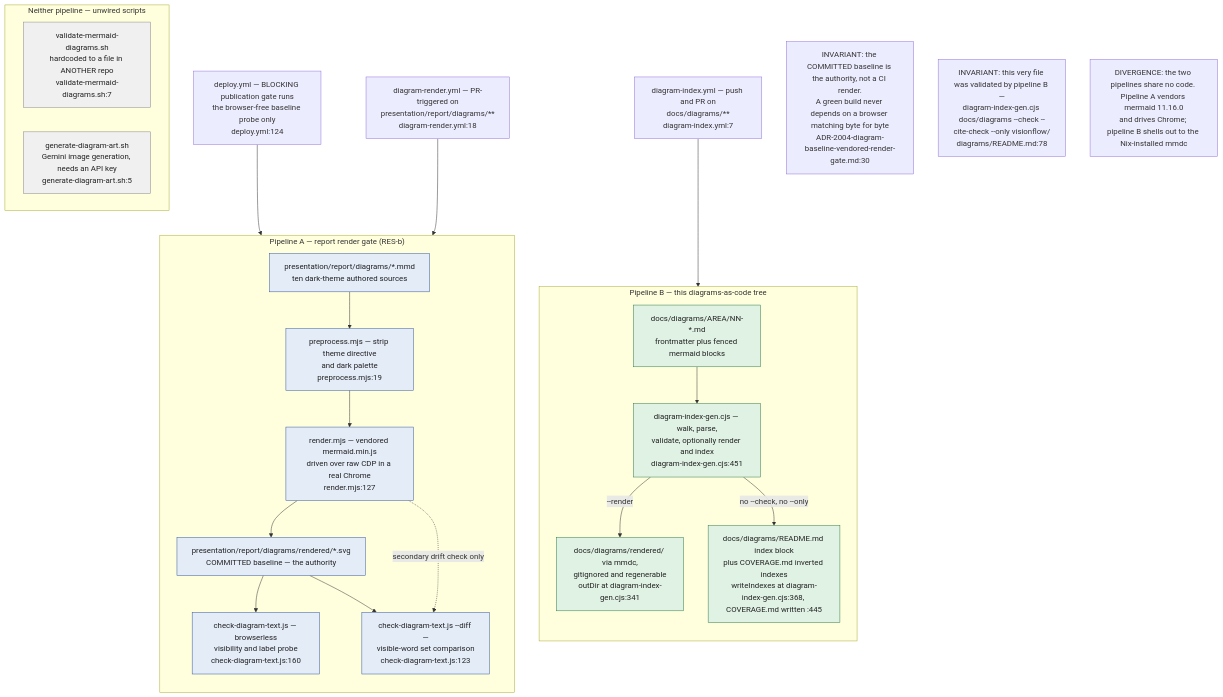
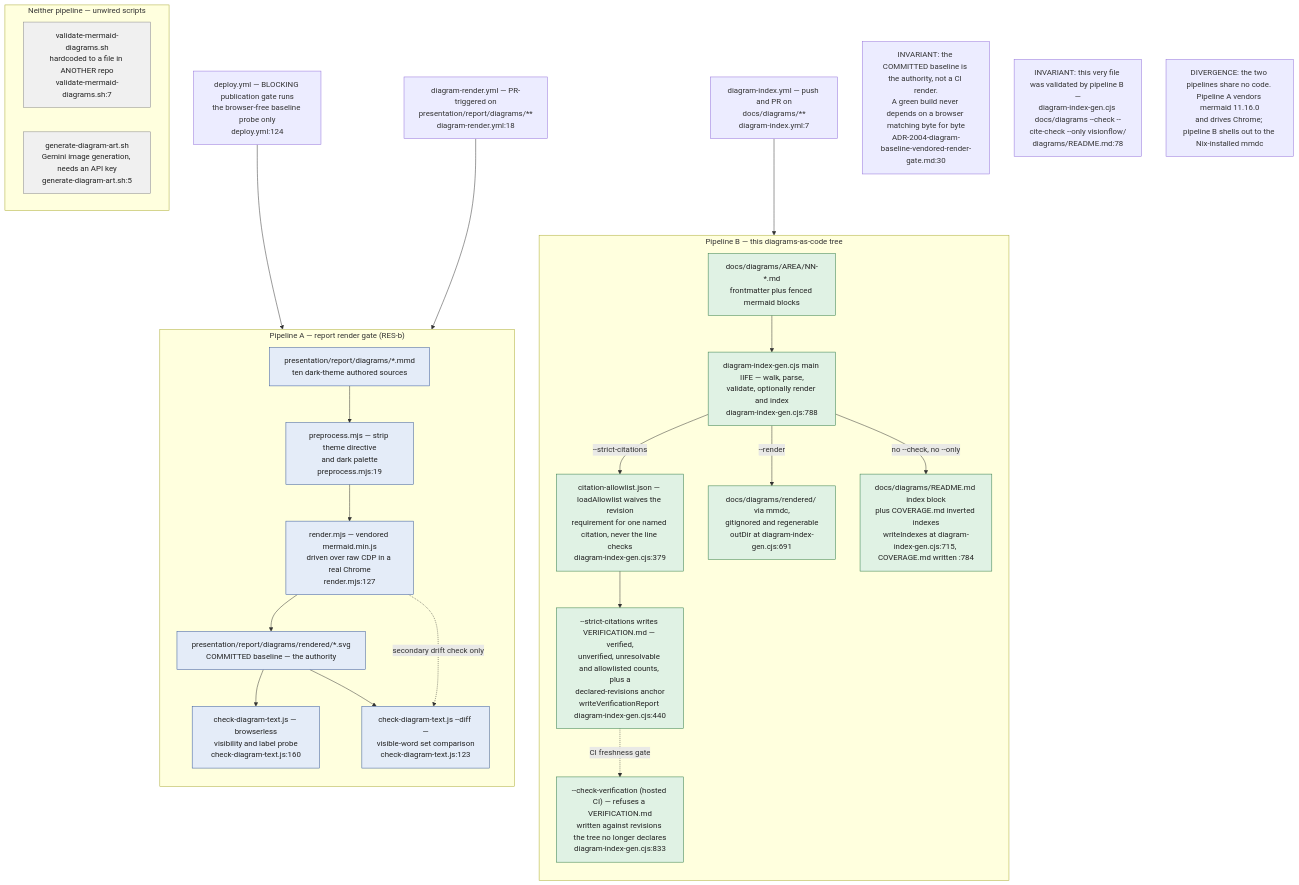
One commit to DreamLab-AI/VisionFlow changed the first of 14 diagrams in docs/diagrams/visionflow/06-diagram-tooling.md. Above: the diagram before and after it, drawn with Mermaid. The commit also changed other lines of this file and 136 other files, not shown here.

First line of the commit message:
docs(diagrams): refresh the whole corpus to code HEAD and prune low-value diagrams

````diff
--- a/docs/diagrams/visionflow/06-diagram-tooling.md
+++ b/docs/diagrams/visionflow/06-diagram-tooling.md
@@ -35,44 +35,49 @@
 ```mermaid
 flowchart TB
     classDef pipeA fill:#e4ecf8,stroke:#33559a,color:#222
     classDef pipeB fill:#e0f2e4,stroke:#2f7a45,color:#222
     classDef orphan fill:#f0f0f0,stroke:#888,color:#222
 
     subgraph A["Pipeline A — report render gate (RES-b)"]
         direction TB
         AS["presentation/report/diagrams/*.mmd<br/>ten dark-theme authored sources"]:::pipeA
         APRE["preprocess.mjs — strip theme directive<br/>and dark palette<br/>preprocess.mjs:19"]:::pipeA
         AREN["render.mjs — vendored mermaid.min.js<br/>driven over raw CDP in a real Chrome<br/>render.mjs:127"]:::pipeA
         ABASE["presentation/report/diagrams/rendered/*.svg<br/>COMMITTED baseline — the authority"]:::pipeA
         ACHK["check-diagram-text.js — browserless<br/>visibility and label probe<br/>check-diagram-text.js:160"]:::pipeA
         ADIFF["check-diagram-text.js --diff —<br/>visible-word set comparison<br/>check-diagram-text.js:123"]:::pipeA
         AS --> APRE --> AREN --> ABASE
         ABASE --> ACHK
         AREN -.->|"secondary drift check only"| ADIFF
         ABASE --> ADIFF
     end
 
     subgraph B["Pipeline B — this diagrams-as-code tree"]
         direction TB
         BS["docs/diagrams/AREA/NN-*.md<br/>frontmatter plus fenced mermaid blocks"]:::pipeB
-        BGEN["diagram-index-gen.cjs — walk, parse,<br/>validate, optionally render and index<br/>diagram-index-gen.cjs:451"]:::pipeB
-        BREND["docs/diagrams/rendered/ via mmdc,<br/>gitignored and regenerable<br/>outDir at diagram-index-gen.cjs:341"]:::pipeB
-        BIDX["docs/diagrams/README.md index block<br/>plus COVERAGE.md inverted indexes<br/>writeIndexes at diagram-index-gen.cjs:368, COVERAGE.md written :445"]:::pipeB
+        BGEN["diagram-index-gen.cjs main IIFE — walk, parse,<br/>validate, optionally render and index<br/>diagram-index-gen.cjs:788"]:::pipeB
+        BALLOW["citation-allowlist.json — loadAllowlist waives the revision<br/>requirement for one named citation, never the line checks<br/>diagram-index-gen.cjs:379"]:::pipeB
+        BVER["--strict-citations writes VERIFICATION.md — verified,<br/>unverified, unresolvable and allowlisted counts, plus a<br/>declared-revisions anchor<br/>writeVerificationReport diagram-index-gen.cjs:440"]:::pipeB
+        BCHKV["--check-verification (hosted CI) — refuses a VERIFICATION.md<br/>written against revisions the tree no longer declares<br/>diagram-index-gen.cjs:833"]:::pipeB
+        BREND["docs/diagrams/rendered/ via mmdc,<br/>gitignored and regenerable<br/>outDir at diagram-index-gen.cjs:691"]:::pipeB
+        BIDX["docs/diagrams/README.md index block<br/>plus COVERAGE.md inverted indexes<br/>writeIndexes at diagram-index-gen.cjs:715, COVERAGE.md written :784"]:::pipeB
         BS --> BGEN
+        BGEN -->|"--strict-citations"| BALLOW --> BVER
+        BVER -.->|"CI freshness gate"| BCHKV
         BGEN -->|"--render"| BREND
         BGEN -->|"no --check, no --only"| BIDX
     end
 
     WA["diagram-render.yml — PR-triggered on<br/>presentation/report/diagrams/**<br/>diagram-render.yml:18"] --> A
     WB["diagram-index.yml — push and PR on<br/>docs/diagrams/**<br/>diagram-index.yml:7"] --> B
     WD["deploy.yml — BLOCKING publication gate runs<br/>the browser-free baseline probe only<br/>deploy.yml:124"] --> ACHK
 
     subgraph O["Neither pipeline — unwired scripts"]
         OV["validate-mermaid-diagrams.sh<br/>hardcoded to a file in ANOTHER repo<br/>validate-mermaid-diagrams.sh:7"]:::orphan
         OG["generate-diagram-art.sh<br/>Gemini image generation, needs an API key<br/>generate-diagram-art.sh:5"]:::orphan
     end
 
     NOTE1["INVARIANT: the COMMITTED baseline is the authority, not a CI render.<br/>A green build never depends on a browser matching byte for byte<br/>ADR-2004-diagram-baseline-vendored-render-gate.md:30"]
     NOTE2["INVARIANT: this very file was validated by pipeline B —<br/>diagram-index-gen.cjs docs/diagrams --check --cite-check --only visionflow/<br/>diagrams/README.md:78"]
     NOTE3["DIVERGENCE: the two pipelines share no code. Pipeline A vendors mermaid 11.16.0<br/>and drives Chrome; pipeline B shells out to the Nix-installed mmdc"]
 ```
````
